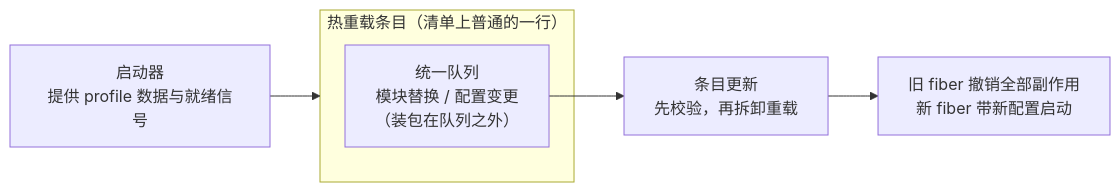
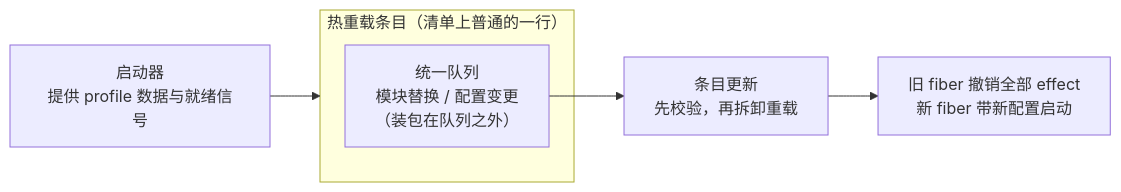
Before and after one commit to anthonyzhao-4926/blog: the first of 2 diagrams in dsh 插件开发学习/07-配置与源码的热重载.md, drawn with Mermaid. The commit also changed other lines of this file and 7 other files, not shown here.

````diff
--- a/dsh 插件开发学习/07-配置与源码的热重载.md
+++ b/dsh 插件开发学习/07-配置与源码的热重载.md
@@ -43,9 +41,9 @@
 ```mermaid
 flowchart LR
     L["启动器<br/>提供 profile 数据与就绪信号"] --> H
     subgraph H["热重载条目（清单上普通的一行）"]
         Q["统一队列<br/>模块替换 / 配置变更<br/>（装包在队列之外）"]
     end
     Q --> U["条目更新<br/>先校验，再拆卸重载"]
-    U --> F["旧 fiber 撤销全部副作用<br/>新 fiber 带新配置启动"]
+    U --> F["旧 fiber 撤销全部 effect<br/>新 fiber 带新配置启动"]
 ```
````
